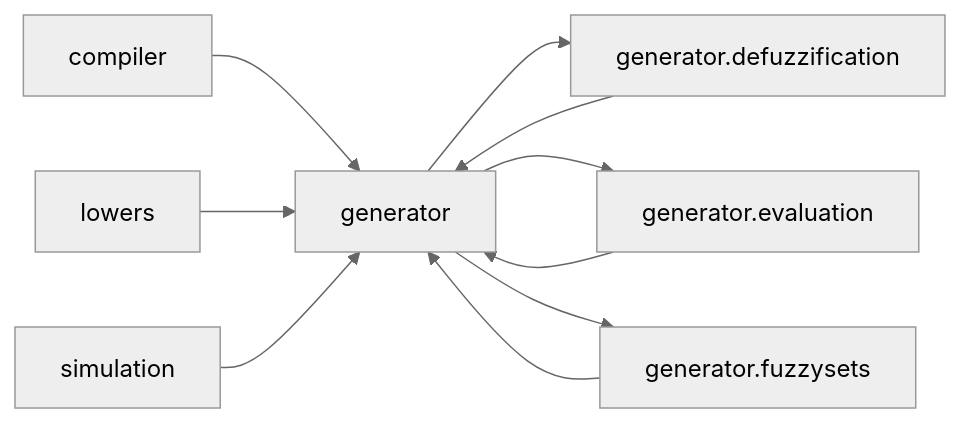
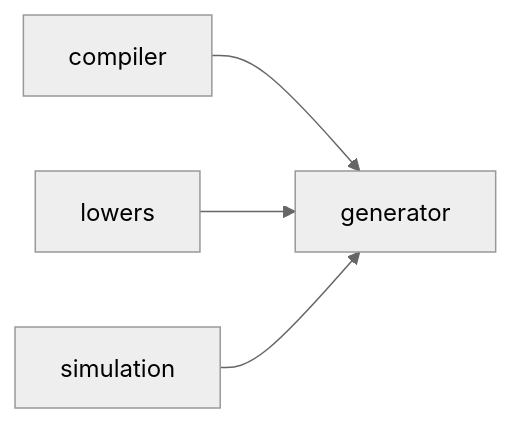
Before and after one commit to PascalUser/FLC-IEC61131-7: the diagram in doc/diagrams/codegen_package_flowchart.mmd, drawn with Mermaid (neutral theme). The commit also changed 19 other files, not shown here.

Commit message:
refactor(harness): corregir orquestador y generadores Mermaid

```diff
--- a/doc/diagrams/codegen_package_flowchart.mmd
+++ b/doc/diagrams/codegen_package_flowchart.mmd
@@ -1,17 +1,8 @@
 flowchart LR
+    compiler["compiler"]
     generator["generator"]
-    codegen_defuzzification["generator.defuzzification"]
-    codegen_evaluation["generator.evaluation"]
-    codegen_fuzzysets["generator.fuzzysets"]
-    compiler["compiler"]
     lowers["lowers"]
     simulation["simulation"]
-    generator --> codegen_defuzzification
-    generator --> codegen_evaluation
-    generator --> codegen_fuzzysets
-    codegen_defuzzification --> generator
-    codegen_evaluation --> generator
-    codegen_fuzzysets --> generator
     compiler --> generator
     lowers --> generator
     simulation --> generator
```
